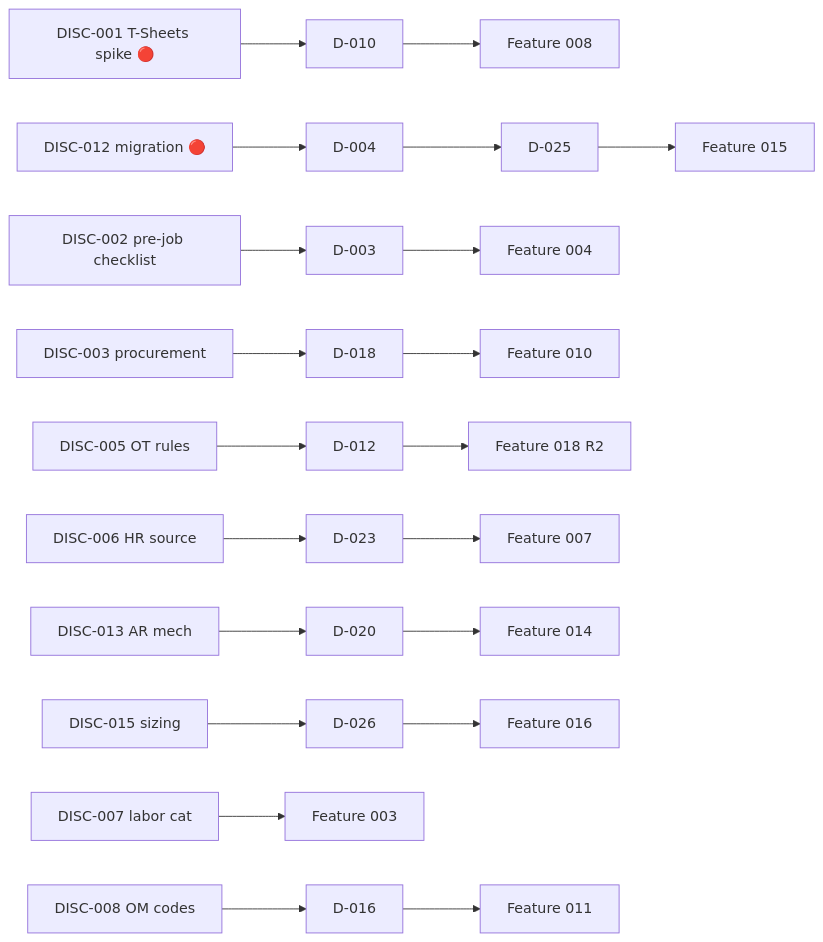
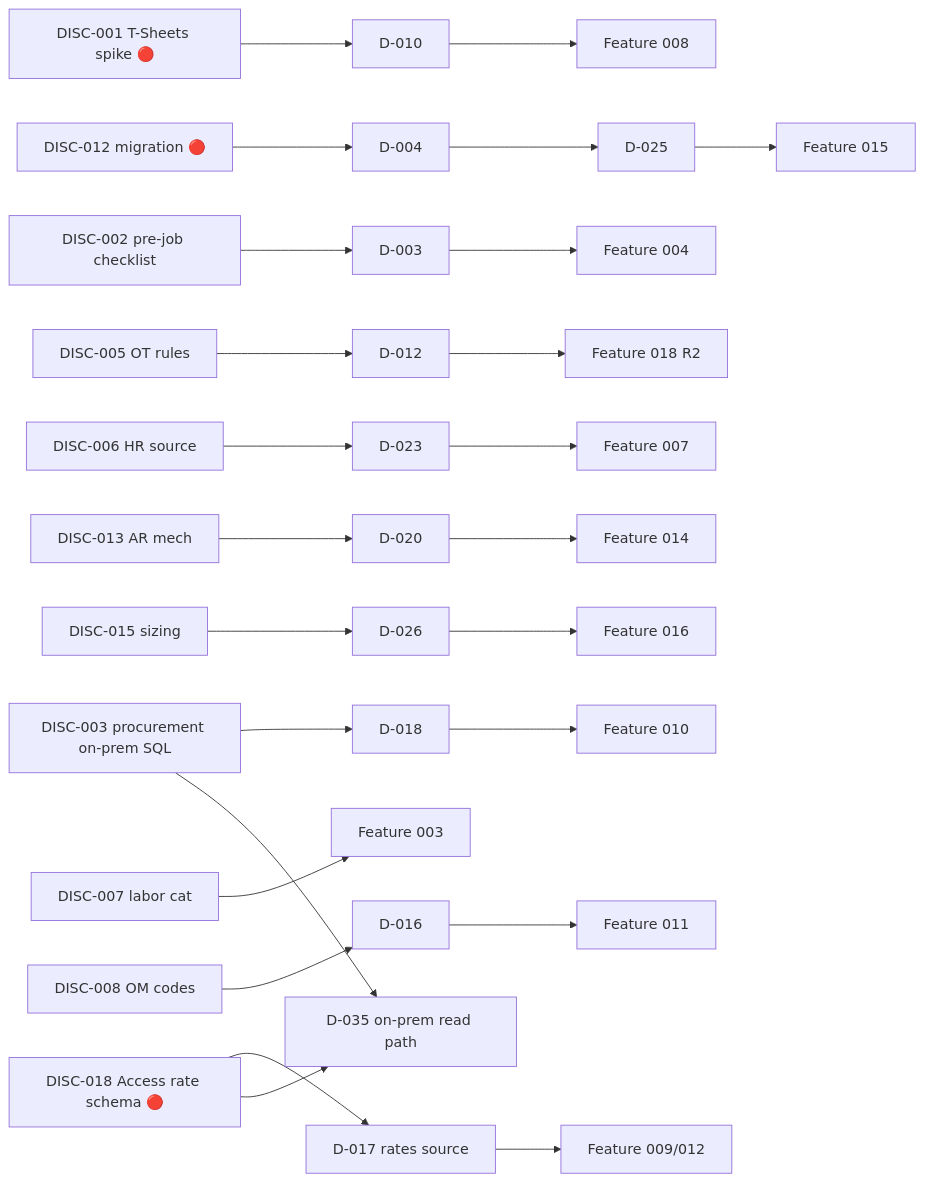
One commit to kcfike/ice-demo changed the diagram in docs/discovery/discovery-backlog.md. Above: the diagram before and after it, drawn with Mermaid. The commit also changed other lines of this file and 8 other files, not shown here.

Commit message:
updated data architecture

````diff
--- a/docs/discovery/discovery-backlog.md
+++ b/docs/discovery/discovery-backlog.md
@@ -42,13 +43,16 @@
 ```mermaid
 flowchart LR
     D1[DISC-001 T-Sheets spike 🔴] --> D010[D-010] --> F008[Feature 008]
     D12[DISC-012 migration 🔴] --> D004[D-004] --> D025[D-025] --> F015[Feature 015]
     D2[DISC-002 pre-job checklist] --> D003[D-003] --> F004[Feature 004]
-    D3[DISC-003 procurement] --> D018[D-018] --> F010[Feature 010]
+    D3[DISC-003 procurement on-prem SQL] --> D018[D-018] --> F010[Feature 010]
     D5[DISC-005 OT rules] --> D012[D-012] --> F018[Feature 018 R2]
     D6[DISC-006 HR source] --> D023[D-023] --> F007[Feature 007]
     D13[DISC-013 AR mech] --> D020[D-020] --> F014[Feature 014]
     D15[DISC-015 sizing] --> D026[D-026] --> F016[Feature 016]
     D7[DISC-007 labor cat] --> F003[Feature 003]
     D8[DISC-008 OM codes] --> D016[D-016] --> F011[Feature 011]
+    D18[DISC-018 Access rate schema 🔴] --> D017[D-017 rates source] --> F009[Feature 009/012]
+    D18 --> D035[D-035 on-prem read path]
+    D3 --> D035
 ```
````
